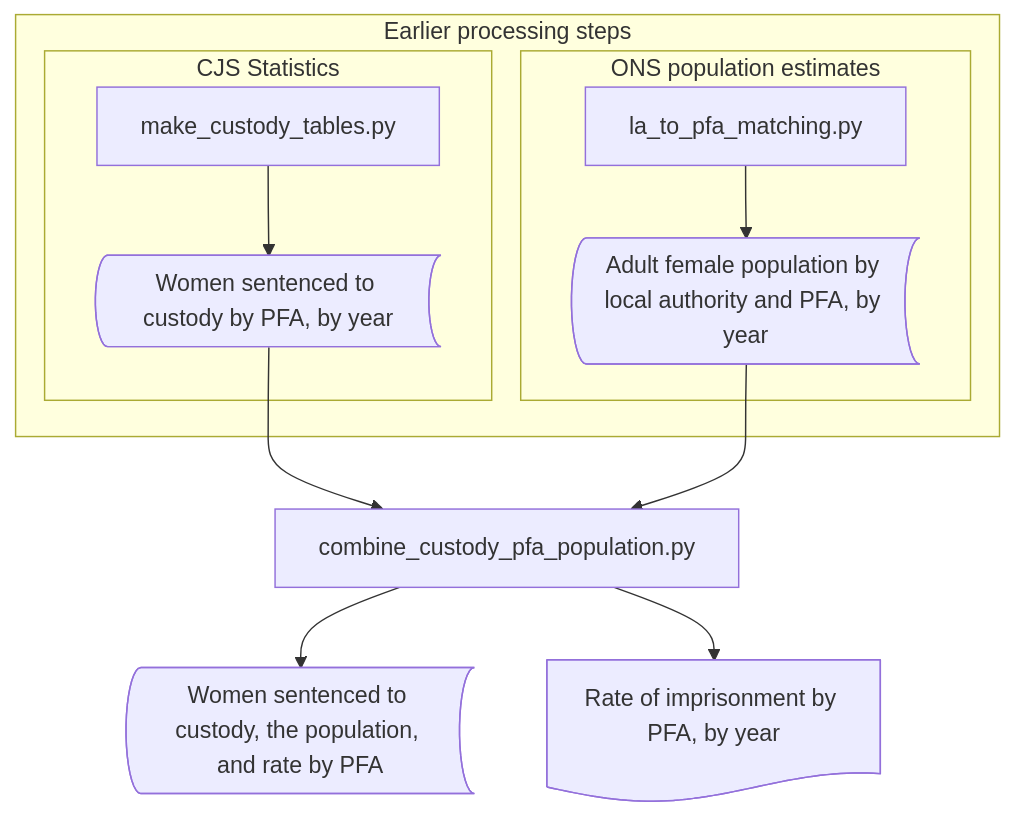
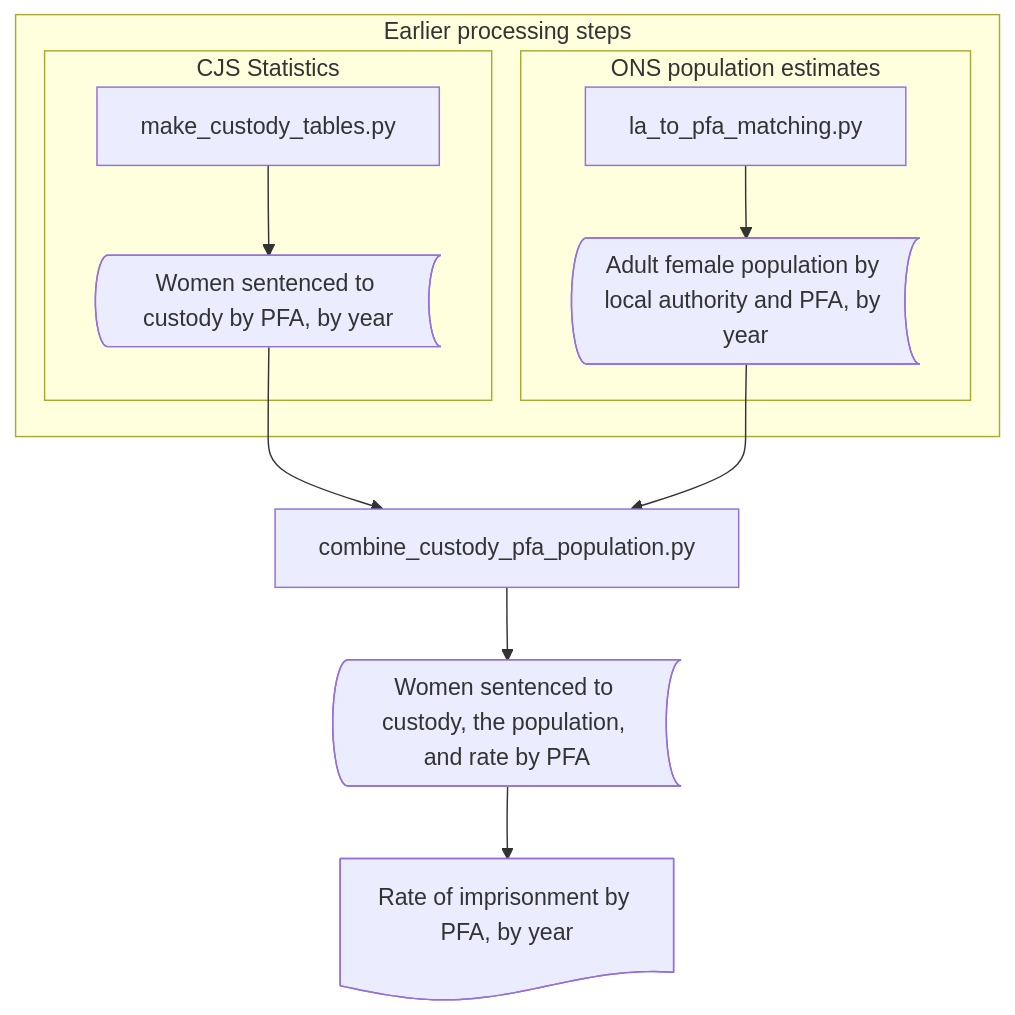
The third of 3 diagrams in docs/getting-started/processing-the-data.md (Prison-Reform-Trust/womens-imprisonment-PFA), drawn with Mermaid before and after one commit.

Commit message:
fix: correct flow in data processing diagram for imprisonment rates by PFA

````diff
--- a/docs/getting-started/processing-the-data.md
+++ b/docs/getting-started/processing-the-data.md
@@ -140,16 +140,16 @@
 ``` mermaid
 graph TD
   subgraph Earlier processing steps
     subgraph CJS Statistics
     A[make_custody_tables.py] --> B@{ shape: bow-rect, label: "Women sentenced to custody by PFA, by year" }
     end
     subgraph ONS population estimates
     C[la_to_pfa_matching.py] --> D@{ shape: bow-rect, label: "Adult female population by local authority and PFA, by year" }
     end
   end
   B --> E[combine_custody_pfa_population.py]
   D --> E
   E --> F@{ shape: bow-rect, label: "Women sentenced to custody, the population, and rate by PFA" }
-  E --> G@{ shape: doc, label: "Rate of imprisonment by PFA, by year" }
+  F --> G@{ shape: doc, label: "Rate of imprisonment by PFA, by year" }
 
 ```
````
